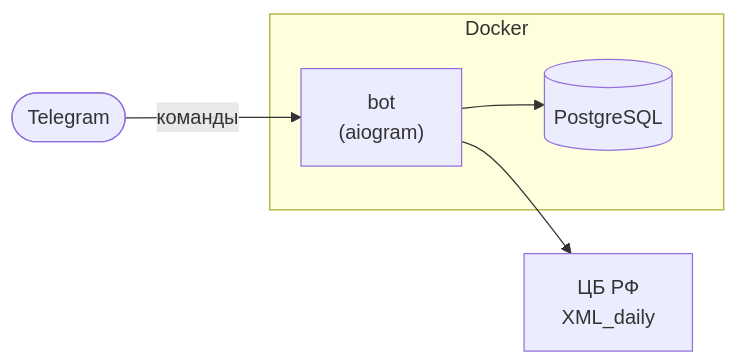
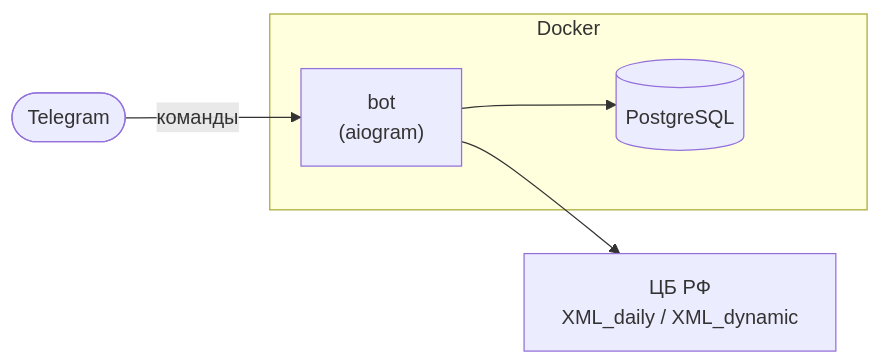
Before and after one commit to BlasterAlex/currency-compass-bot: the diagram in README.md, drawn with Mermaid. The commit also changed other lines of this file and 102 other files, not shown here.

Commit message:
Support concurrency chart for period (#2)

````diff
--- a/README.md
+++ b/README.md
@@ -35,12 +39,12 @@
 ```mermaid
 flowchart LR
     TG([Telegram]) -->|команды| BOT
 
     subgraph Docker
         BOT["bot\n(aiogram)"]
         DB[(PostgreSQL)]
     end
 
     BOT --> DB
-    BOT --> CBR[ЦБ РФ\nXML_daily]
+    BOT --> CBR[ЦБ РФ\nXML_daily / XML_dynamic]
 ```
````
